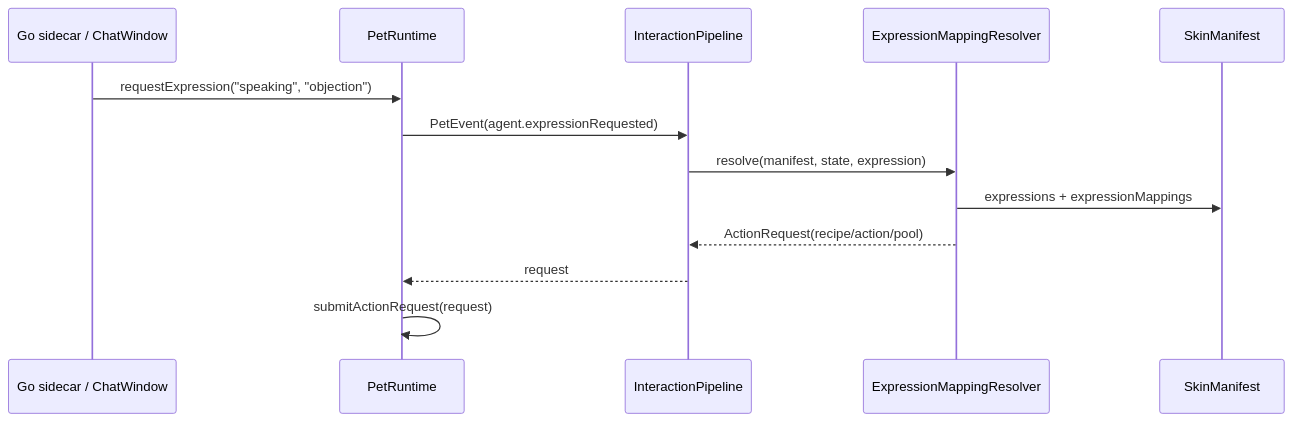
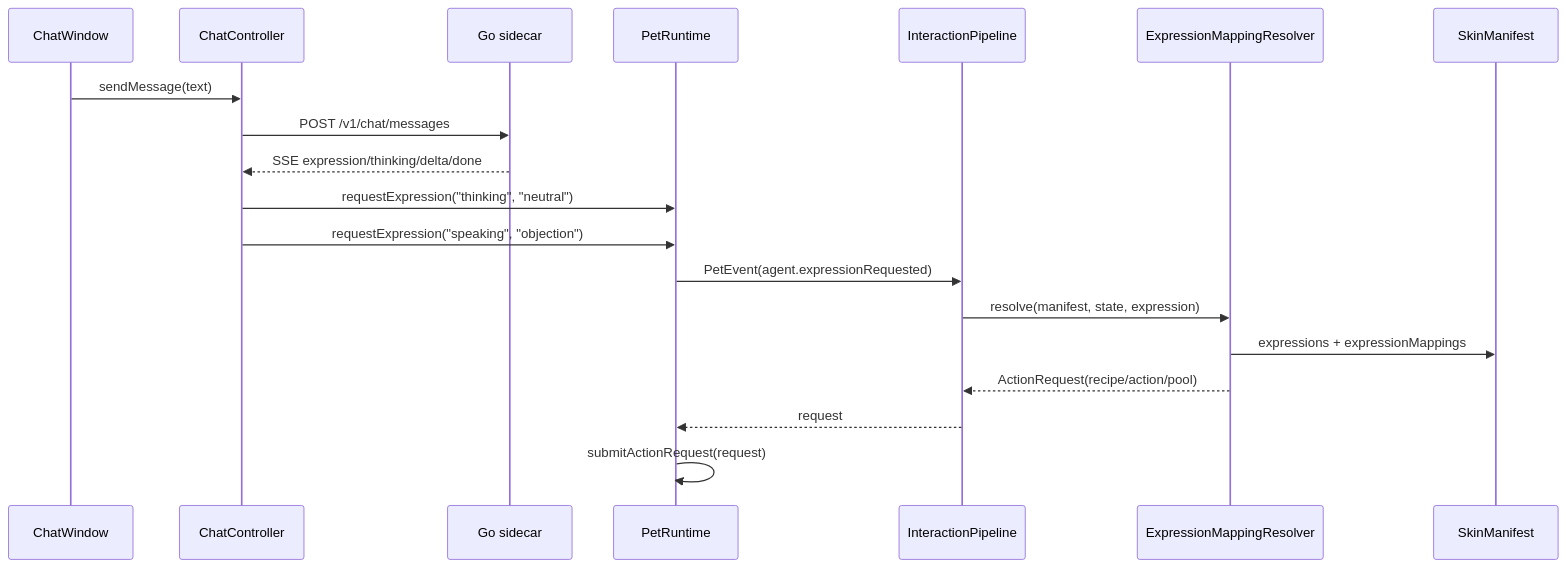
One commit to tiantian180/MilesEdgeworth changed the third of 3 diagrams in docs/v2/设计方案/桌宠运行时与动画调度设计.md. Above: the diagram before and after it, drawn with Mermaid. The commit also changed other lines of this file and 1 other file, not shown here.

````diff
--- a/docs/v2/设计方案/桌宠运行时与动画调度设计.md
+++ b/docs/v2/设计方案/桌宠运行时与动画调度设计.md
@@ -780,16 +785,22 @@
 ```mermaid
 sequenceDiagram
-    participant Core as Go sidecar / ChatWindow
+    participant UI as ChatWindow
+    participant Controller as ChatController
+    participant Core as Go sidecar
     participant Runtime as PetRuntime
     participant Pipeline as InteractionPipeline
     participant Resolver as ExpressionMappingResolver
     participant Manifest as SkinManifest
 
-    Core->>Runtime: requestExpression("speaking", "objection")
+    UI->>Controller: sendMessage(text)
+    Controller->>Core: POST /v1/chat/messages
+    Core-->>Controller: SSE expression/thinking/delta/done
+    Controller->>Runtime: requestExpression("thinking", "neutral")
+    Controller->>Runtime: requestExpression("speaking", "objection")
     Runtime->>Pipeline: PetEvent(agent.expressionRequested)
     Pipeline->>Resolver: resolve(manifest, state, expression)
     Resolver->>Manifest: expressions + expressionMappings
     Resolver-->>Pipeline: ActionRequest(recipe/action/pool)
     Pipeline-->>Runtime: request
     Runtime->>Runtime: submitActionRequest(request)
 ```
````
